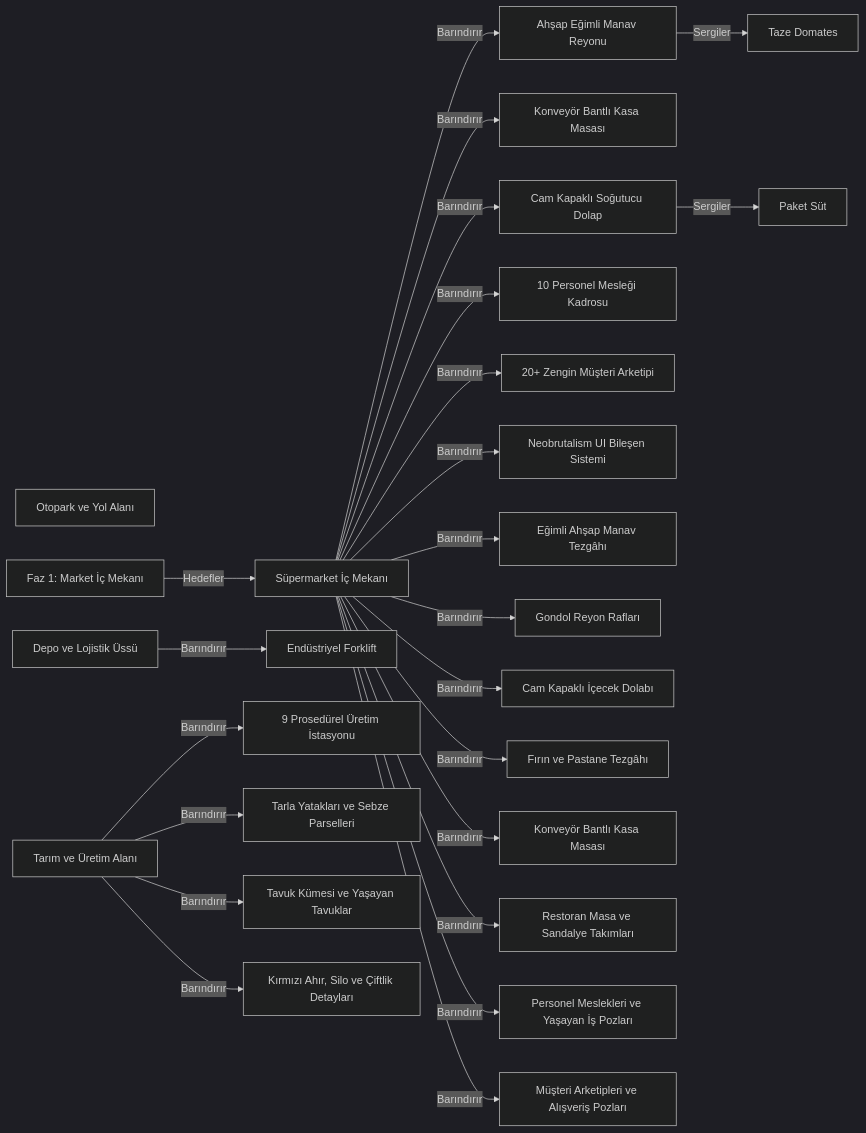
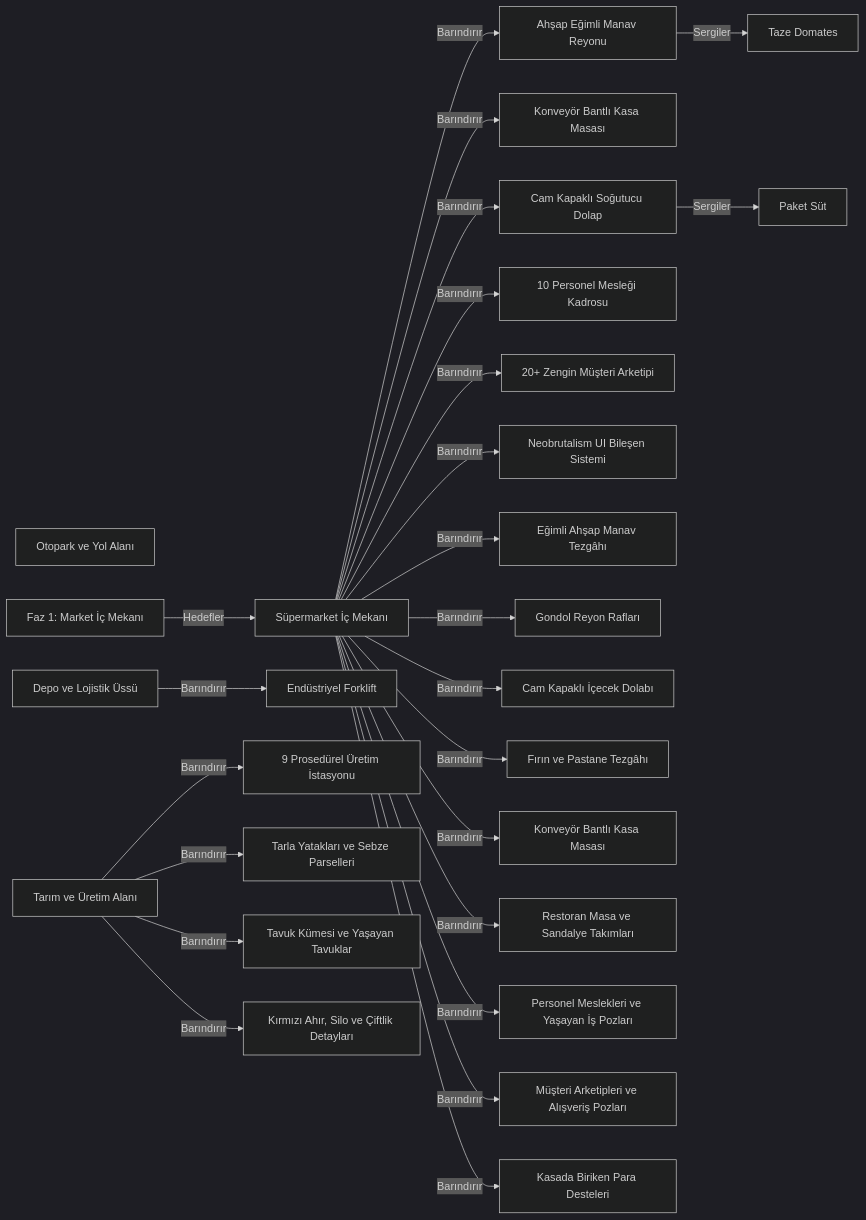
One commit to ismailgulbag95/gblb-store changed the diagram in .project/ONTOLOJİ.md. Above: the diagram before and after it, drawn with Mermaid (dark theme). The commit also changed other lines of this file and 16 other files, not shown here.

````diff
--- a/.project/ONTOLOJİ.md
+++ b/.project/ONTOLOJİ.md
@@ -63,51 +64,53 @@
 ```mermaid
 flowchart LR
   n0["Süpermarket İç Mekanı"]
   n1["Otopark ve Yol Alanı"]
   n2["Tarım ve Üretim Alanı"]
   n3["Depo ve Lojistik Üssü"]
   n4["Ahşap Eğimli Manav Reyonu"]
   n5["Konveyör Bantlı Kasa Masası"]
   n6["Cam Kapaklı Soğutucu Dolap"]
   n7["Endüstriyel Forklift"]
   n8["Taze Domates"]
   n9["Paket Süt"]
   n10["Faz 1: Market İç Mekanı"]
   n11["10 Personel Mesleği Kadrosu"]
   n12["20+ Zengin Müşteri Arketipi"]
   n13["Neobrutalism UI Bileşen Sistemi"]
   n14["9 Prosedürel Üretim İstasyonu"]
   n15["Tarla Yatakları ve Sebze Parselleri"]
   n16["Tavuk Kümesi ve Yaşayan Tavuklar"]
   n17["Kırmızı Ahır, Silo ve Çiftlik Detayları"]
   n18["Eğimli Ahşap Manav Tezgâhı"]
   n19["Gondol Reyon Rafları"]
   n20["Cam Kapaklı İçecek Dolabı"]
   n21["Fırın ve Pastane Tezgâhı"]
   n22["Konveyör Bantlı Kasa Masası"]
   n23["Restoran Masa ve Sandalye Takımları"]
   n24["Personel Meslekleri ve Yaşayan İş Pozları"]
   n25["Müşteri Arketipleri ve Alışveriş Pozları"]
+  n26["Kasada Biriken Para Desteleri"]
   n0 -->|"Barındırır"| n4
   n0 -->|"Barındırır"| n5
   n0 -->|"Barındırır"| n6
   n3 -->|"Barındırır"| n7
   n4 -->|"Sergiler"| n8
   n6 -->|"Sergiler"| n9
   n10 -->|"Hedefler"| n0
   n0 -->|"Barındırır"| n11
   n0 -->|"Barındırır"| n12
   n0 -->|"Barındırır"| n13
   n2 -->|"Barındırır"| n14
   n2 -->|"Barındırır"| n15
   n2 -->|"Barındırır"| n16
   n2 -->|"Barındırır"| n17
   n0 -->|"Barındırır"| n18
   n0 -->|"Barındırır"| n19
   n0 -->|"Barındırır"| n20
   n0 -->|"Barındırır"| n21
   n0 -->|"Barındırır"| n22
   n0 -->|"Barındırır"| n23
   n0 -->|"Barındırır"| n24
   n0 -->|"Barındırır"| n25
+  n0 -->|"Barındırır"| n26
 ```
````
